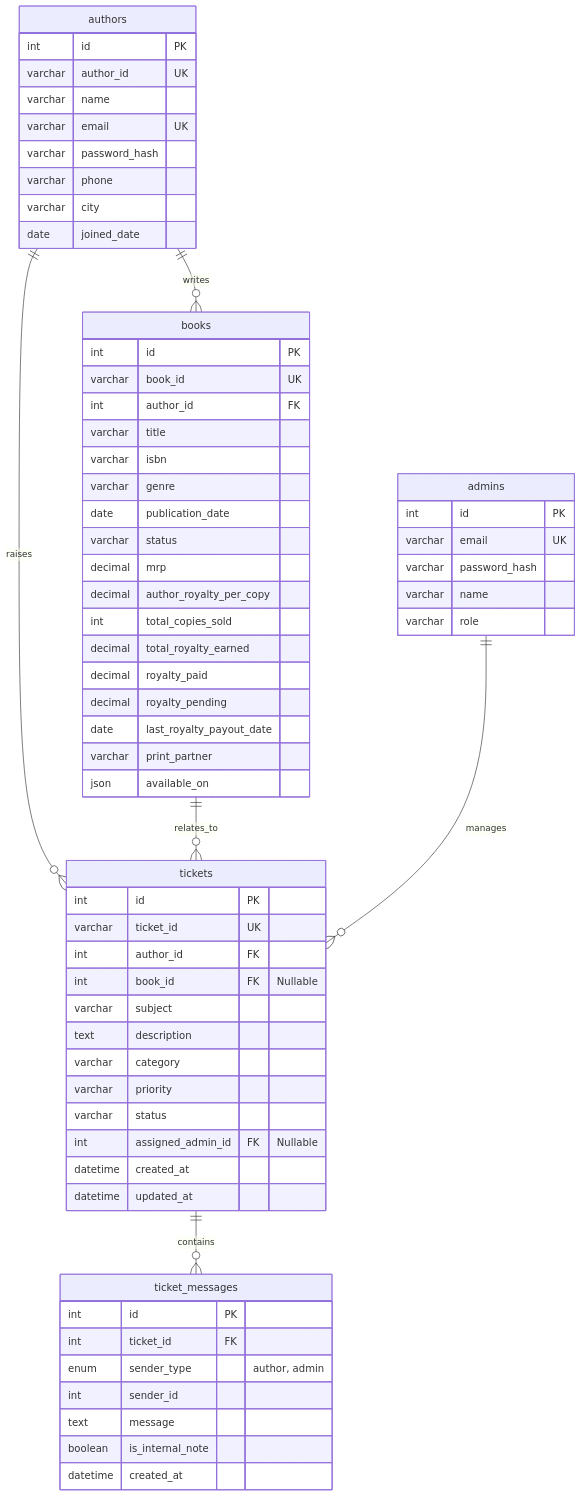
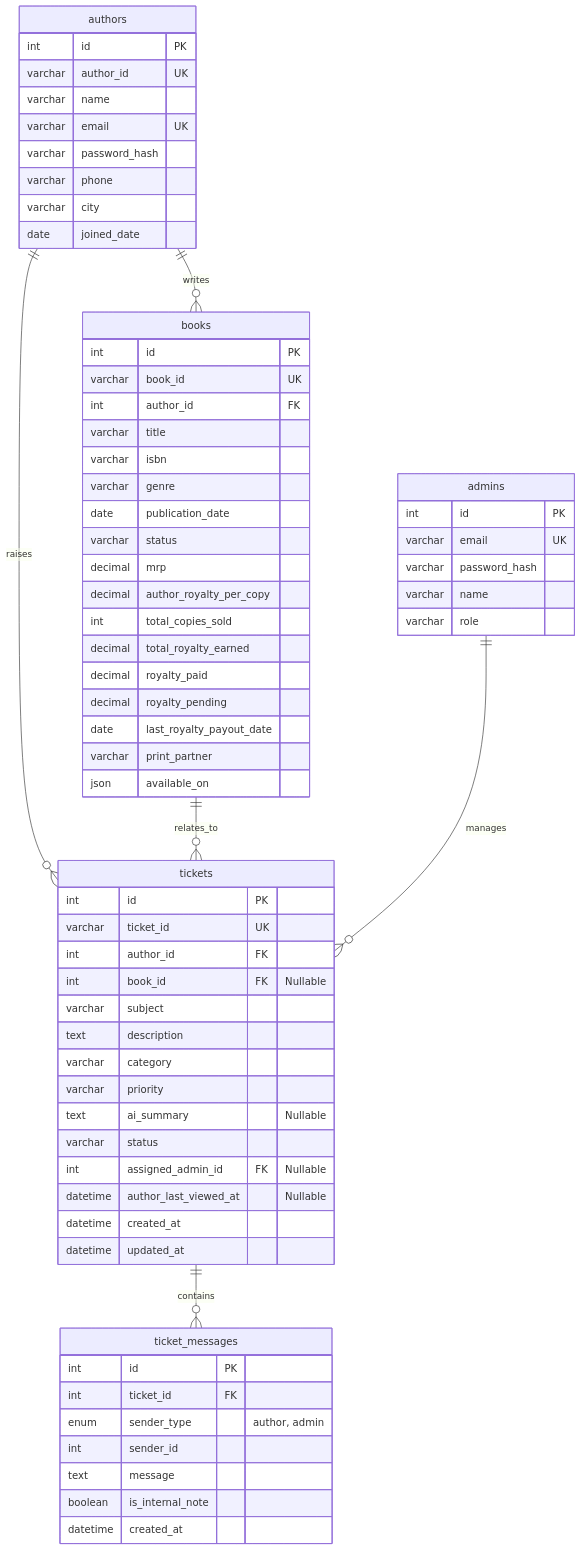
One commit to LalitSourav/BookLeaf-Author-Support-and-Communication-Portal changed the diagram in docs/DATABASE_SCHEMA.md. Above: the diagram before and after it, drawn with Mermaid. The commit also changed other lines of this file and 6 other files, not shown here.

````diff
--- a/docs/DATABASE_SCHEMA.md
+++ b/docs/DATABASE_SCHEMA.md
@@ -7,72 +7,74 @@
 ```mermaid
 erDiagram
     authors {
         int id PK
         varchar author_id UK
         varchar name
         varchar email UK
         varchar password_hash
         varchar phone
         varchar city
         date joined_date
     }
 
     books {
         int id PK
         varchar book_id UK
         int author_id FK
         varchar title
         varchar isbn
         varchar genre
         date publication_date
         varchar status
         decimal mrp
         decimal author_royalty_per_copy
         int total_copies_sold
         decimal total_royalty_earned
         decimal royalty_paid
         decimal royalty_pending
         date last_royalty_payout_date
         varchar print_partner
         json available_on
     }
 
     admins {
         int id PK
         varchar email UK
         varchar password_hash
         varchar name
         varchar role
     }
 
     tickets {
         int id PK
         varchar ticket_id UK
         int author_id FK
         int book_id FK "Nullable"
         varchar subject
         text description
         varchar category
         varchar priority
+        text ai_summary "Nullable"
         varchar status
         int assigned_admin_id FK "Nullable"
+        datetime author_last_viewed_at "Nullable"
         datetime created_at
         datetime updated_at
     }
 
     ticket_messages {
         int id PK
         int ticket_id FK
         enum sender_type "author, admin"
         int sender_id
         text message
         boolean is_internal_note
         datetime created_at
     }
 
     authors ||--o{ books : writes
     authors ||--o{ tickets : raises
     books ||--o{ tickets : relates_to
     tickets ||--o{ ticket_messages : contains
     admins ||--o{ tickets : manages
 ```
````
